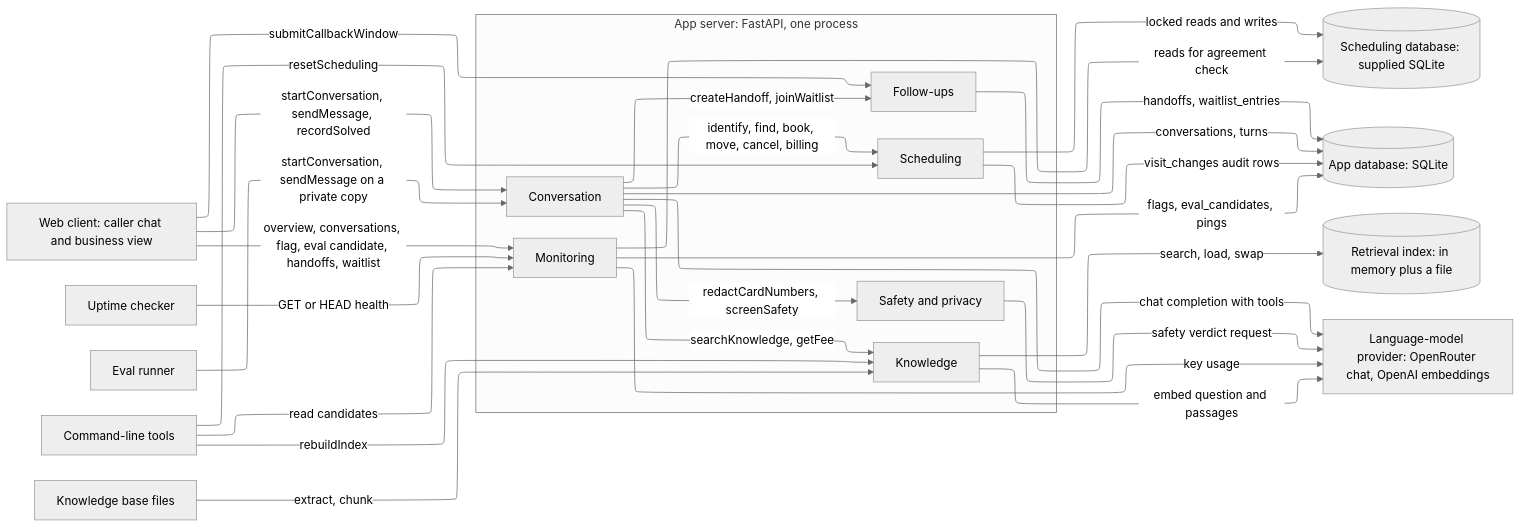
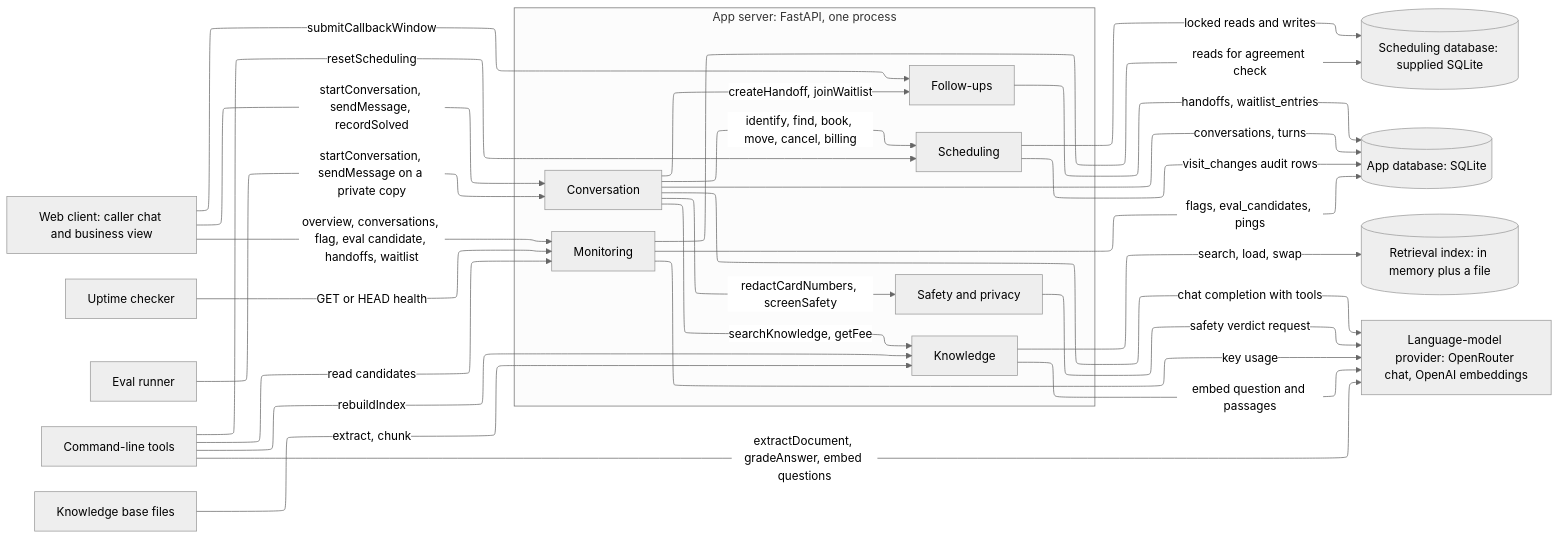
One commit to ThinkBuildMake/aea-fde-challenge changed the first of 11 diagrams in docs/ARCHITECTURE.md. Above: the diagram before and after it, drawn with Mermaid (neutral theme). The commit also changed other lines of this file, not shown here.

First line of the commit message:
Apply architecture review findings: public ids, safety-stop handoff, audit retirement, eval weighting

````diff
--- a/docs/ARCHITECTURE.md
+++ b/docs/ARCHITECTURE.md
@@ -7,45 +7,46 @@
 ```mermaid
 %%{init: {"layout": "elk", "flowchart": {"nodeSpacing": 40, "rankSpacing": 60}}}%%
 flowchart LR
   client["Web client: caller chat and business view"]
   uptime["Uptime checker"]
   evalr["Eval runner"]
   cli["Command-line tools"]
   kb["Knowledge base files"]
   subgraph app["App server: FastAPI, one process"]
     conv["Conversation"]
     safety["Safety and privacy"]
     know["Knowledge"]
     sched["Scheduling"]
     fup["Follow-ups"]
     mon["Monitoring"]
   end
   sdb[("Scheduling database: supplied SQLite")]
   adb[("App database: SQLite")]
   idx[("Retrieval index: in memory plus a file")]
   llm["Language-model provider: OpenRouter chat, OpenAI embeddings"]
   client -->|startConversation, sendMessage, recordSolved| conv
   client -->|submitCallbackWindow| fup
   client -->|overview, conversations, flag, eval candidate, handoffs, waitlist| mon
   uptime -->|GET or HEAD health| mon
   evalr -->|startConversation, sendMessage on a private copy| conv
   cli -->|rebuildIndex| know
   cli -->|resetScheduling| sched
   cli -->|read candidates| mon
+  cli -->|extractDocument, gradeAnswer, embed questions| llm
   kb -->|extract, chunk| know
   conv -->|redactCardNumbers, screenSafety| safety
   conv -->|searchKnowledge, getFee| know
   conv -->|identify, find, book, move, cancel, billing| sched
   conv -->|createHandoff, joinWaitlist| fup
   conv -->|chat completion with tools| llm
   safety -->|safety verdict request| llm
   know -->|embed question and passages| llm
   know -->|search, load, swap| idx
   mon -->|key usage| llm
   sched -->|locked reads and writes| sdb
   sched -->|visit_changes audit rows| adb
   mon -->|reads for agreement check| sdb
   conv -->|conversations, turns| adb
   fup -->|handoffs, waitlist_entries| adb
   mon -->|flags, eval_candidates, pings| adb
 ```
````
